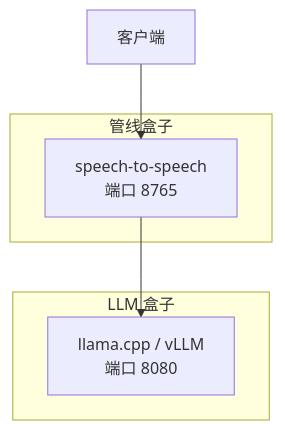
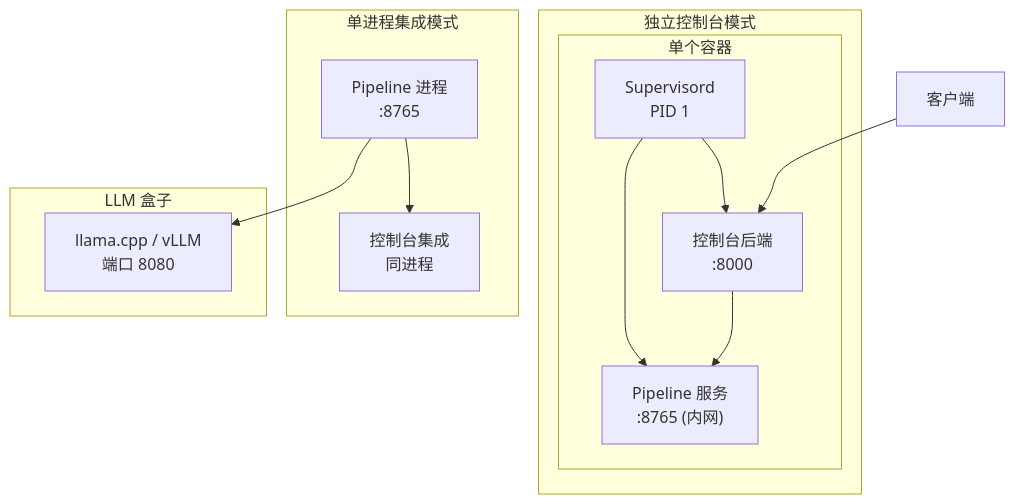
The second of 5 diagrams in .qoder/repowiki/zh/content/部署和运维.md (joezxh/speech-to-speech), drawn with Mermaid before and after one commit. The commit also changed other lines of this file and 1743 other files, not shown here.

````diff
--- a/.qoder/repowiki/zh/content/部署和运维.md
+++ b/.qoder/repowiki/zh/content/部署和运维.md
@@ -80,11 +105,23 @@
 ```mermaid
 graph TB
+subgraph "独立控制台模式"
+subgraph "单个容器"
+S1["Supervisord<br/>PID 1"]
+S2["控制台后端<br/>:8000"]
+S3["Pipeline 服务<br/>:8765 (内网)"]
+S1 --> S2
+S1 --> S3
+end
+end
+subgraph "单进程集成模式"
+P1["Pipeline 进程<br/>:8765"]
+P2["控制台集成<br/>同进程"]
+P1 --> P2
+end
 subgraph "LLM 盒子"
 L1["llama.cpp / vLLM<br/>端口 8080"]
 end
-subgraph "管线盒子"
-P1["speech-to-speech<br/>端口 8765"]
-end
-C["客户端"] --> P1
+C["客户端"] --> S2
+S2 --> S3
 P1 --> L1
 ```
````
